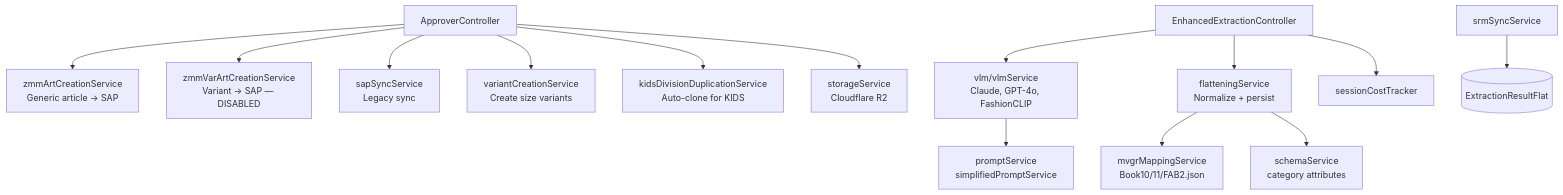
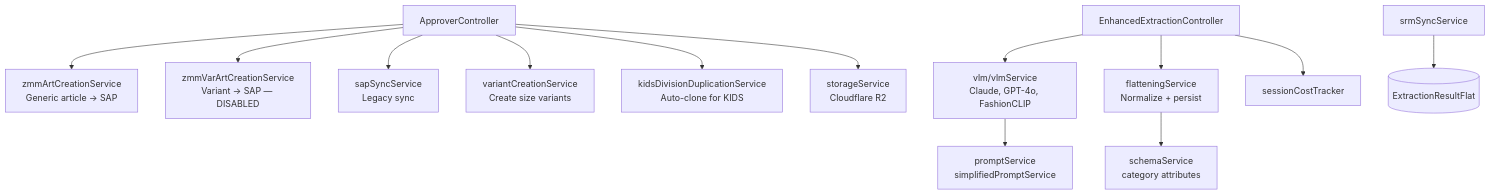
One commit to uditmalik1998/Article-Creation changed the second of 2 diagrams in docs/12 - Backend Architecture.md. Above: the diagram before and after it, drawn with Mermaid. The commit also changed 18 other files, not shown here.

````diff
--- a/docs/12 - Backend Architecture.md
+++ b/docs/12 - Backend Architecture.md
@@ -45,19 +45,18 @@
 ```mermaid
 flowchart TD
     CTRL[ApproverController] --> SAP1[zmmArtCreationService\nGeneric article → SAP]
     CTRL --> SAP2[zmmVarArtCreationService\nVariant → SAP — DISABLED]
     CTRL --> SAPL[sapSyncService\nLegacy sync]
     CTRL --> VAR[variantCreationService\nCreate size variants]
     CTRL --> KIDS[kidsDivisionDuplicationService\nAuto-clone for KIDS]
     CTRL --> STORE[storageService\nCloudflare R2]
 
     EXTR[EnhancedExtractionController] --> VLM[vlm/vlmService\nClaude, GPT-4o, FashionCLIP]
     EXTR --> FLAT[flatteningService\nNormalize + persist]
     EXTR --> COST[sessionCostTracker]
 
     SRM[srmSyncService] --> EXTRFLAT[(ExtractionResultFlat)]
 
     VLM --> PROM[promptService\nsimplifiedPromptService]
-    FLAT --> MVGR[mvgrMappingService\nBook10/11/FAB2.json]
     FLAT --> SCHEMA[schemaService\ncategory attributes]
 ```
````
